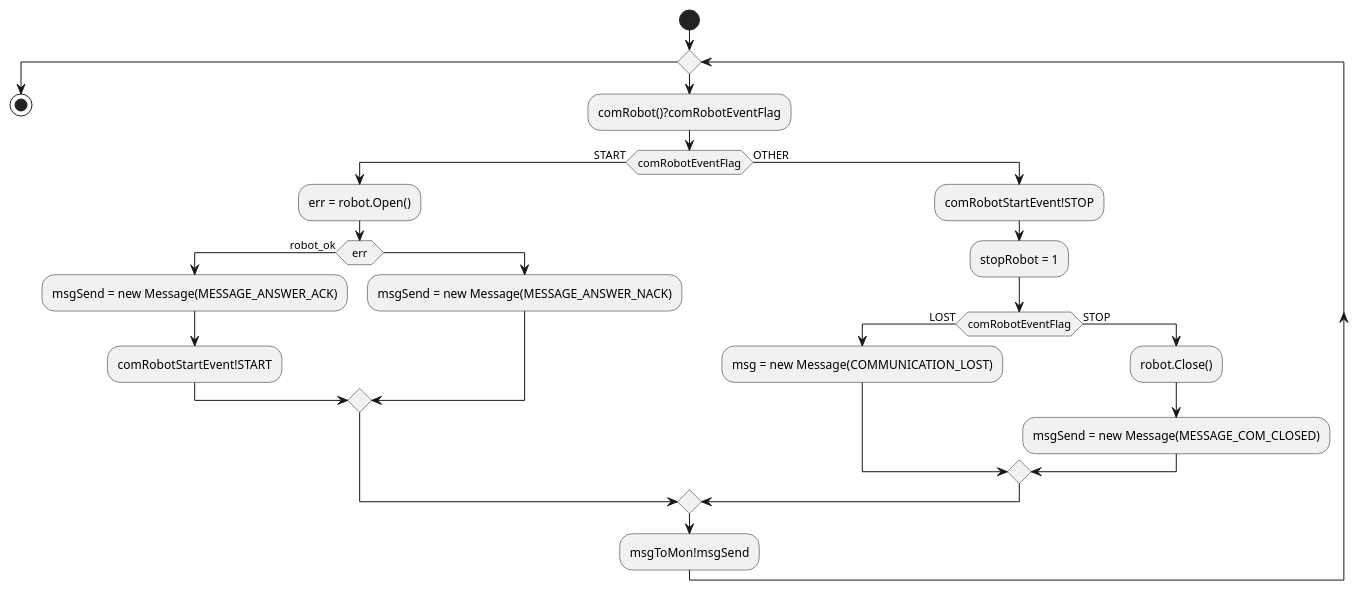
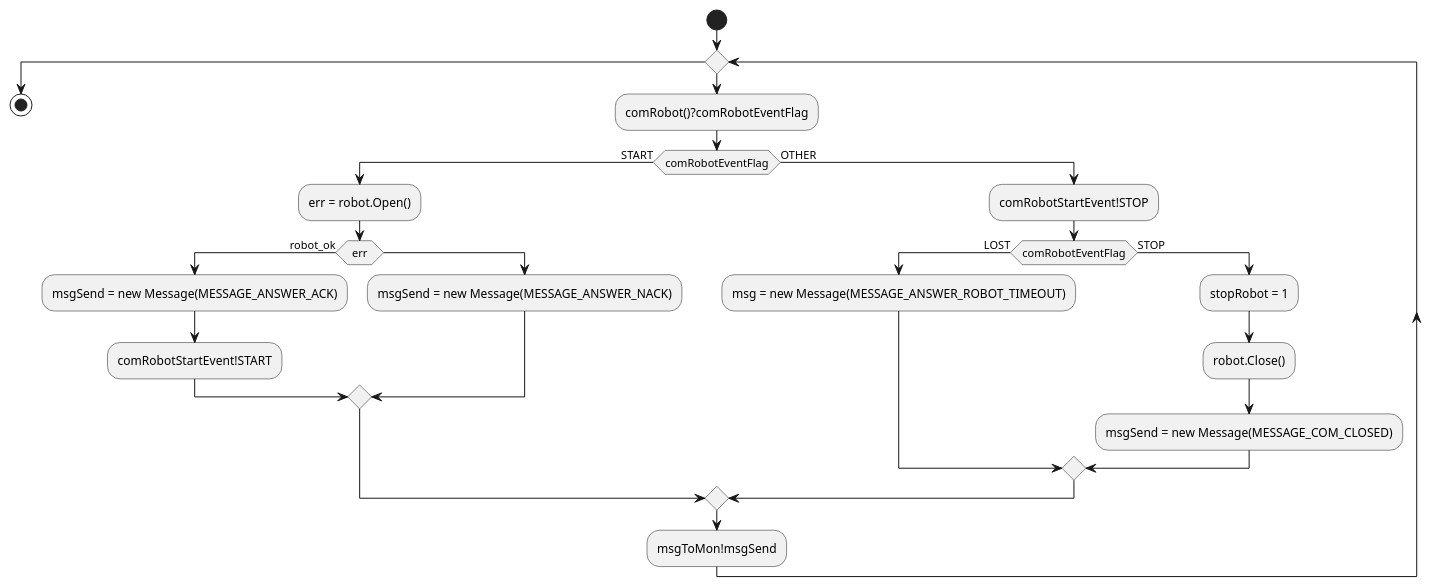
The diagram in diags/th_com_robot.puml (Bobillot/BE_Temps_Reel), drawn with PlantUML before and after one commit. The commit also changed 9 other files, not shown here.

```diff
--- a/diags/th_com_robot.puml
+++ b/diags/th_com_robot.puml
@@ -1,34 +1,33 @@
 @startuml th_com_robot
 
 skinparam monochrome true
 
 start
 
 while  ( )
     :comRobot()?comRobotEventFlag;
     if (comRobotEventFlag) then (START)
         :err = robot.Open();
         if (err) then (robot_ok)
             :msgSend = new Message(MESSAGE_ANSWER_ACK);
             :comRobotStartEvent!START;
         else
             :msgSend = new Message(MESSAGE_ANSWER_NACK);
         endif
 
     else (OTHER)
         :comRobotStartEvent!STOP;
-        :stopRobot = 1;
         if (comRobotEventFlag) then (LOST) 
-            :msg = new Message(COMMUNICATION_LOST);
+            :msg = new Message(MESSAGE_ANSWER_ROBOT_TIMEOUT);
         else (STOP)
-            
+            :stopRobot = 1;
             :robot.Close();
             :msgSend = new Message(MESSAGE_COM_CLOSED);
 
             'Check message type
         endif
     endif
     :msgToMon!msgSend;
 endwhile
 stop
 @enduml
```
